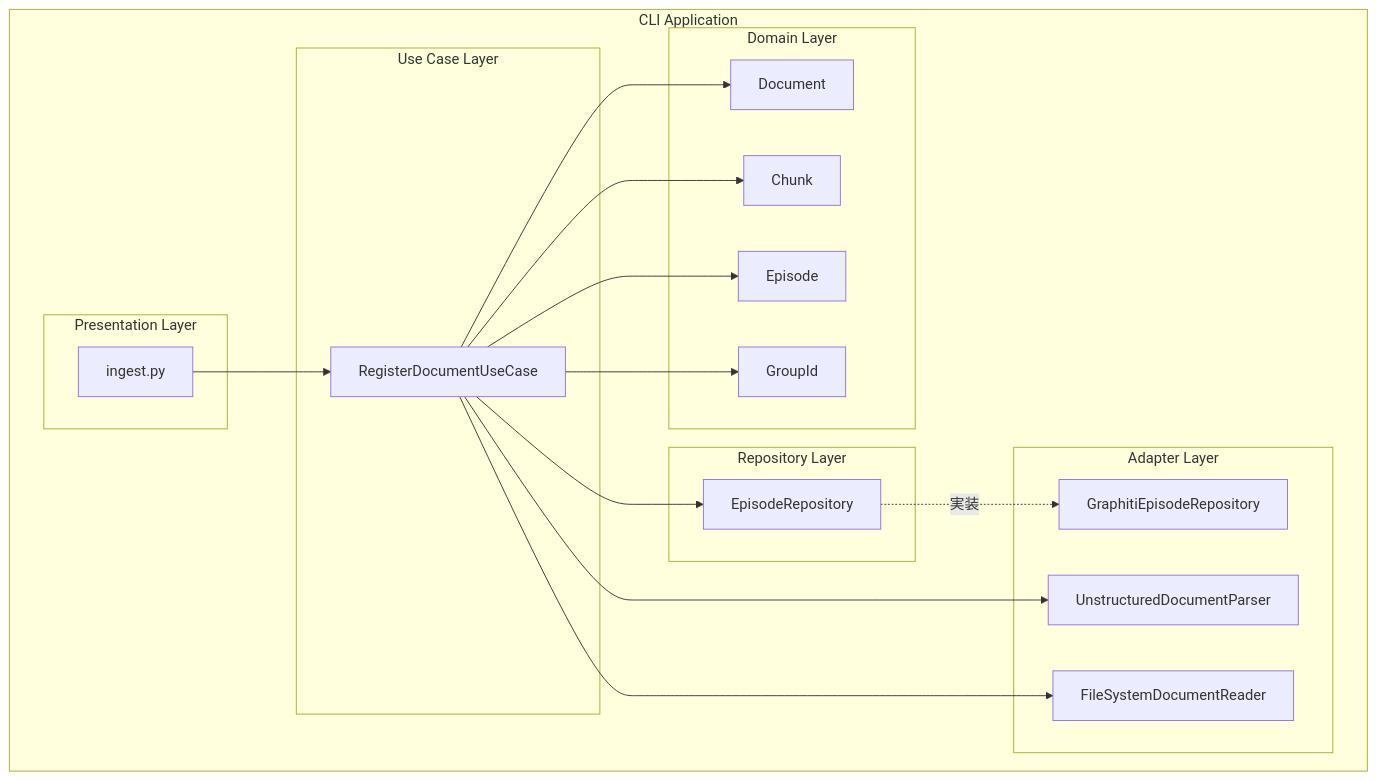
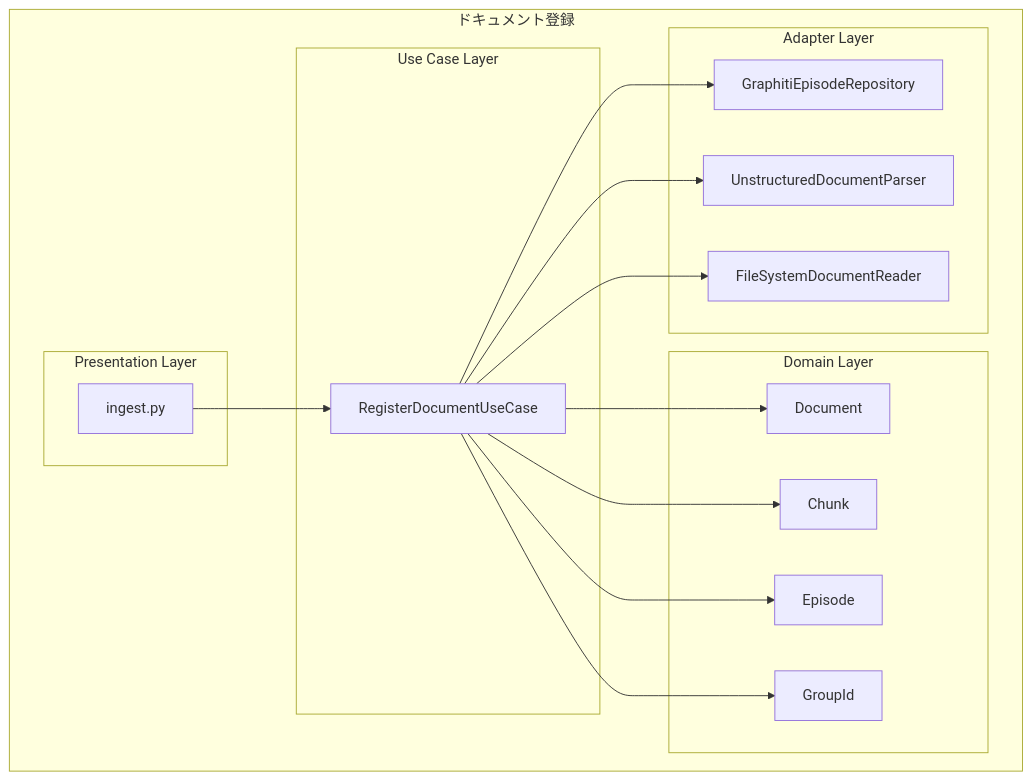
The third of 9 diagrams in DEVELOPER.md (suwa-sh/local-RAG-backend), drawn with Mermaid before and after one commit. The commit also changed other lines of this file and 24 other files, not shown here.

````diff
--- a/DEVELOPER.md
+++ b/DEVELOPER.md
@@ -51,39 +80,34 @@
 ```mermaid
 graph TB
-    subgraph "CLI Application"
+    subgraph "ドキュメント登録"
         subgraph "Presentation Layer"
             ingest[ingest.py]
         end
 
         subgraph "Use Case Layer"
             UC[RegisterDocumentUseCase]
         end
 
         subgraph "Domain Layer"
             Doc[Document]
             Chunk[Chunk]
             Episode[Episode]
             GroupId[GroupId]
         end
 
-        subgraph "Repository Layer"
-            ER[EpisodeRepository]
-        end
-
         subgraph "Adapter Layer"
             GER[GraphitiEpisodeRepository]
             UDP[UnstructuredDocumentParser]
             FDR[FileSystemDocumentReader]
         end
     end
 
     ingest --> UC
     UC --> Doc
     UC --> Chunk
     UC --> Episode
     UC --> GroupId
-    UC --> ER
-    ER -.->|実装| GER
+    UC --> GER
     UC --> UDP
     UC --> FDR
 ```
````
